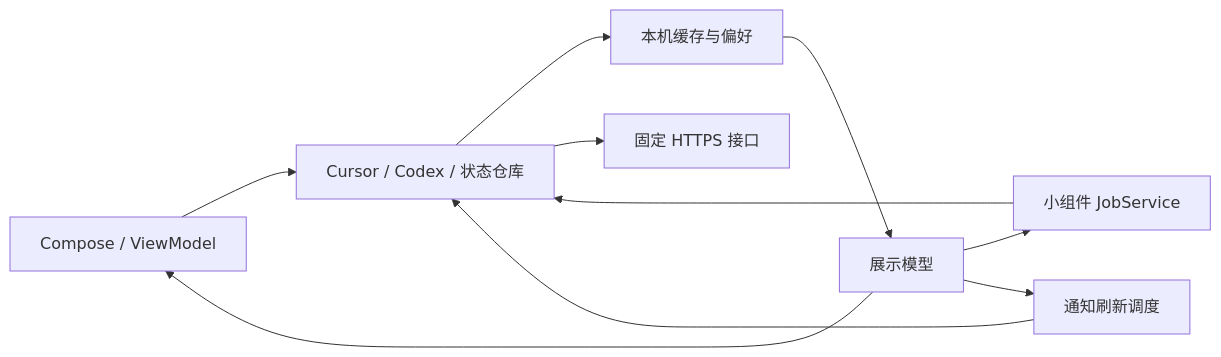
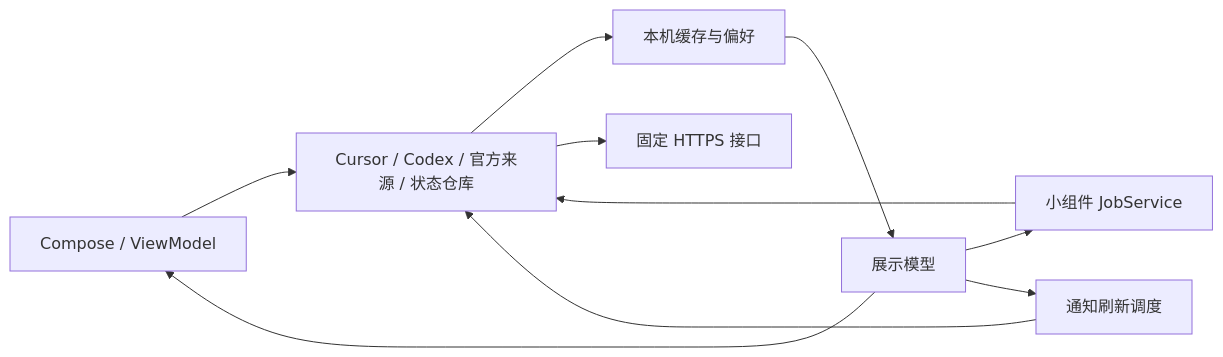
One commit to Lamuier/agenT changed the diagram in docs/architecture.md. Above: the diagram before and after it, drawn with Mermaid. The commit also changed other lines of this file and 9 other files, not shown here.

````diff
--- a/docs/architecture.md
+++ b/docs/architecture.md
@@ -52,12 +53,12 @@
 ```mermaid
 flowchart LR
-  UI[Compose / ViewModel] --> R[Cursor / Codex / 状态仓库]
+  UI[Compose / ViewModel] --> R[Cursor / Codex / 官方来源 / 状态仓库]
   W[小组件 JobService] --> R
   N[通知刷新调度] --> R
   R --> C[本机缓存与偏好]
   R --> A[固定 HTTPS 接口]
   C --> P[展示模型]
   P --> UI
   P --> W
   P --> N
 ```
````
